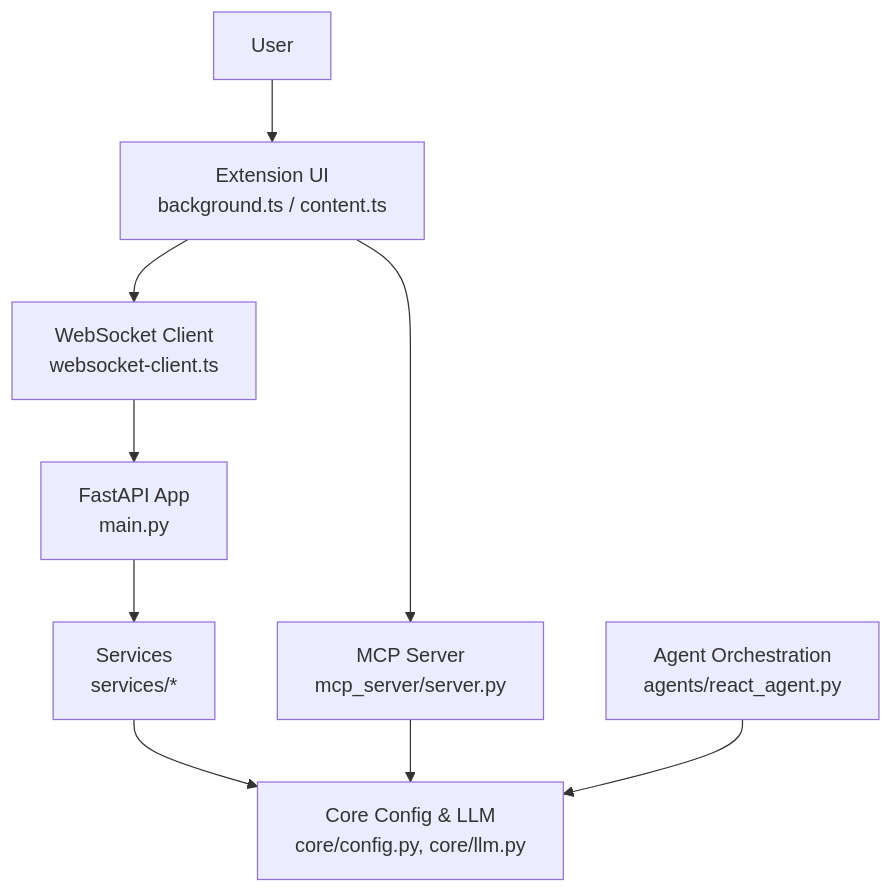
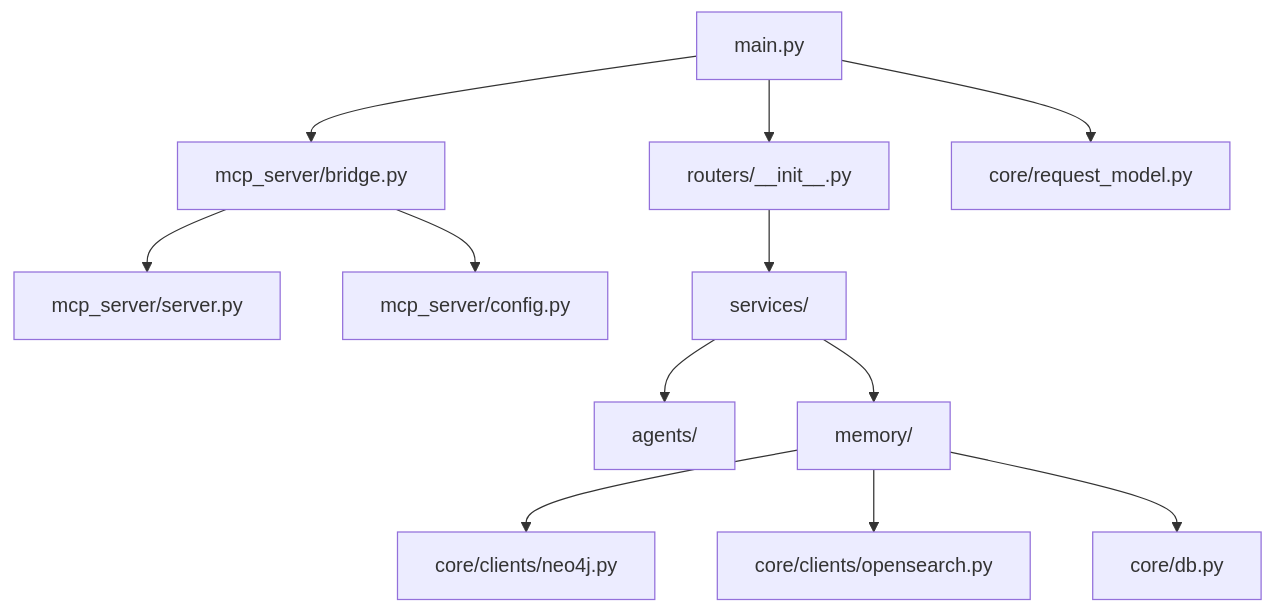
One commit to tashifkhan/tashif.codes changed the fifth of 5 diagrams in src/data/docs/agentic-browser/System Architecture/Overall System Design.md. Above: the diagram before and after it, drawn with Mermaid. The commit also changed other lines of this file and 114 other files, not shown here.

````diff
--- a/src/data/docs/agentic-browser/System Architecture/Overall System Design.md
+++ b/src/data/docs/agentic-browser/System Architecture/Overall System Design.md
@@ -72,19 +193,14 @@
 ```mermaid
 graph TB
-U["User"]
-EX["Extension UI<br/>background.ts / content.ts"]
-WS["WebSocket Client<br/>websocket-client.ts"]
-API["FastAPI App<br/>main.py"]
-MCP["MCP Server<br/>mcp_server/server.py"]
-CORE["Core Config & LLM<br/>core/config.py, core/llm.py"]
-SVC["Services<br/>services/*"]
-AG["Agent Orchestration<br/>agents/react_agent.py"]
-U --> EX
-EX --> WS
-WS --> API
-EX --> MCP
-API --> SVC
-SVC --> CORE
-MCP --> CORE
-AG --> CORE
+  Main["main.py"] --> Routers["routers/__init__.py"]
+  Main --> Bridge["mcp_server/bridge.py"]
+  Main --> Middleware["core/request_model.py"]
+  Bridge --> Server["mcp_server/server.py"]
+  Bridge --> Config["mcp_server/config.py"]
+  Routers --> Services["services/"]
+  Services --> Agents["agents/"]
+  Services --> Memory["memory/"]
+  Memory --> Neo["core/clients/neo4j.py"]
+  Memory --> OS["core/clients/opensearch.py"]
+  Memory --> DB["core/db.py"]
 ```
````
